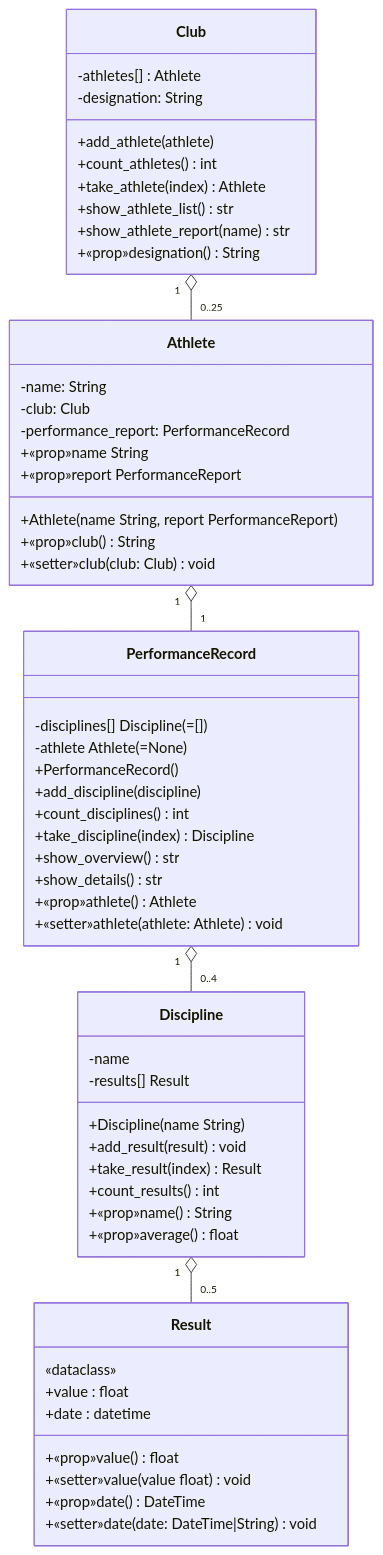
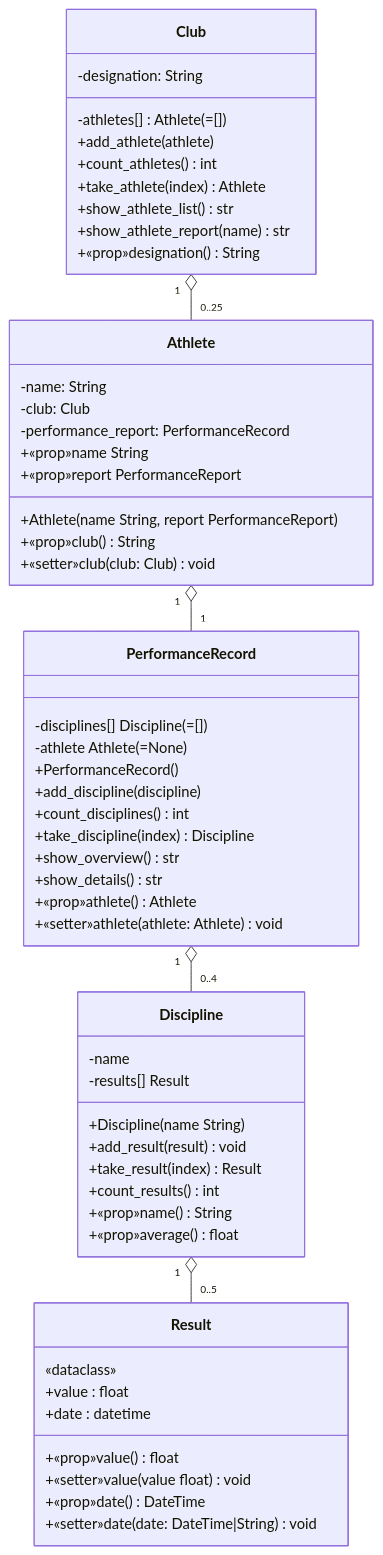
The diagram in Aufgabenstellung.md (templates-python/m320-lu09-a02-sports), drawn with Mermaid before and after one commit. The commit also changed other lines of this file, not shown here.

First line of the commit message:
Revise Club and Athlete class requirements

````diff
--- a/Aufgabenstellung.md
+++ b/Aufgabenstellung.md
@@ -22,60 +22,60 @@
 ```mermaid
 classDiagram
     
     class Athlete {
         -name: String
         -club: Club
         -performance_report: PerformanceRecord
         +Athlete(name String, report PerformanceReport)
         +«prop»name String
         +«prop»club() String
         +«setter»club (club: Club) void
         +«prop»report PerformanceReport
     }
     class PerformanceRecord {
         -disciplines[] Discipline (=[])
         -athlete Athlete (=None)
         +PerformanceRecord()
         +add_discipline(discipline)
         +count_disciplines() int
         +take_discipline(index) Discipline
         +show_overview() str
         +show_details() str
         +«prop»athlete() Athlete
         +«setter»athlete(athlete: Athlete) void
     }
     class Club {
-        -athletes[] : Athlete
+        -athletes[] : Athlete (=[])
         -designation: String
         +add_athlete(athlete)
         +count_athletes() int
         +take_athlete(index) Athlete
         +show_athlete_list() str
         +show_athlete_report(name) str
         +«prop»designation() String
     }
     class Discipline {
         -name
         -results[] Result
         +Discipline(name String)
         +add_result(result) void
         +take_result(index) Result
         +count_results() int
         +«prop»name() String
         +«prop»average() float
     }
     class Result {
         «dataclass»
         +value : float
         +date : datetime
         +«prop»value() float
         +«setter»value(value float) void
         +«prop»date() DateTime
         +«setter»date(date: DateTime|String) void
     }
 
     Club "1" o-- "0..25" Athlete
     Athlete "1" o-- "1" PerformanceRecord
     PerformanceRecord "1" o-- "0..4" Discipline
     Discipline "1" o-- "0..5" Result
 ```
````
